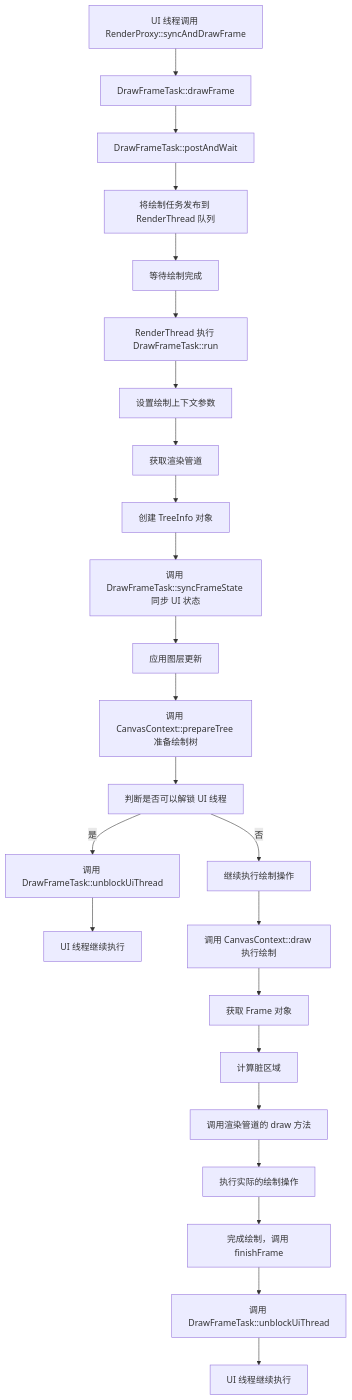
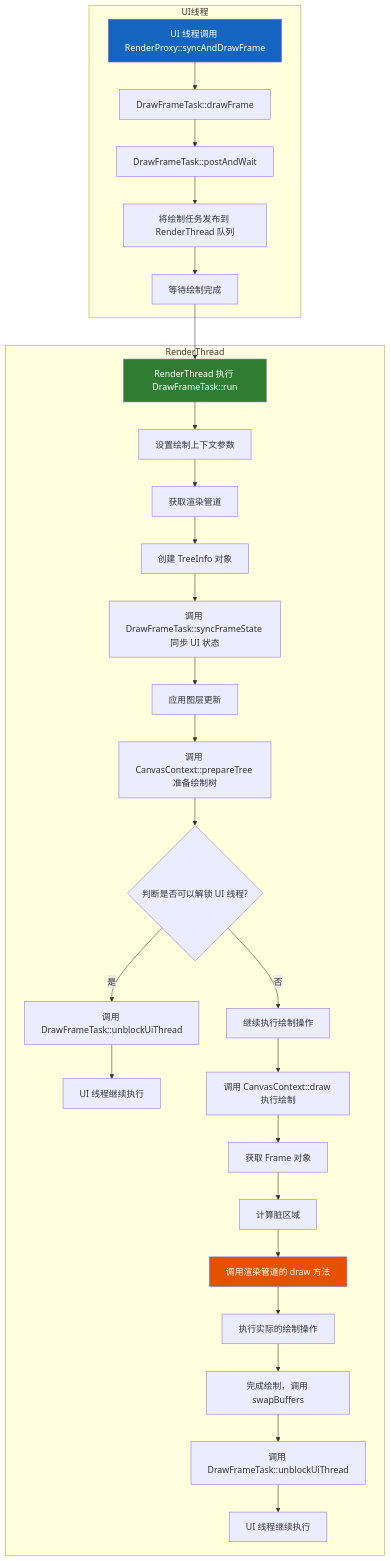
The second of 6 diagrams in docs/RenderThread_Analysis.md (yuchuangu85/AOSP_Frameworks), drawn with Mermaid before and after one commit. The commit also changed other lines of this file and 13 other files, not shown here.

````diff
--- a/docs/RenderThread_Analysis.md
+++ b/docs/RenderThread_Analysis.md
@@ -97,26 +151,35 @@
 ```mermaid
 flowchart TD
-    A[UI 线程调用 RenderProxy::syncAndDrawFrame] --> B[DrawFrameTask::drawFrame]
-    B --> C[DrawFrameTask::postAndWait]
-    C --> D[将绘制任务发布到 RenderThread 队列]
-    D --> E[等待绘制完成]
-    E --> F[RenderThread 执行 DrawFrameTask::run]
-    F --> G[设置绘制上下文参数]
-    G --> H[获取渲染管道]
-    H --> I[创建 TreeInfo 对象]
-    I --> J[调用 DrawFrameTask::syncFrameState 同步 UI 状态]
-    J --> K[应用图层更新]
-    K --> L[调用 CanvasContext::prepareTree 准备绘制树]
-    L --> M[判断是否可以解锁 UI 线程]
-    M -->|是| N[调用 DrawFrameTask::unblockUiThread]
-    N --> O[UI 线程继续执行]
-    M -->|否| P[继续执行绘制操作]
-    P --> Q[调用 CanvasContext::draw 执行绘制]
-    Q --> R[获取 Frame 对象]
-    R --> S[计算脏区域]
-    S --> T[调用渲染管道的 draw 方法]
-    T --> U[执行实际的绘制操作]
-    U --> V[完成绘制，调用 finishFrame]
-    V --> W[调用 DrawFrameTask::unblockUiThread]
-    W --> X[UI 线程继续执行]
+    subgraph "UI线程"
+        A[UI 线程调用 RenderProxy::syncAndDrawFrame] --> B[DrawFrameTask::drawFrame]
+        B --> C[DrawFrameTask::postAndWait]
+        C --> D[将绘制任务发布到 RenderThread 队列]
+        D --> E[等待绘制完成]
+    end
+    
+    subgraph "RenderThread"
+        E --> F[RenderThread 执行 DrawFrameTask::run]
+        F --> G[设置绘制上下文参数]
+        G --> H[获取渲染管道]
+        H --> I[创建 TreeInfo 对象]
+        I --> J[调用 DrawFrameTask::syncFrameState 同步 UI 状态]
+        J --> K[应用图层更新]
+        K --> L[调用 CanvasContext::prepareTree 准备绘制树]
+        L --> M{判断是否可以解锁 UI 线程?}
+        M -->|是| N[调用 DrawFrameTask::unblockUiThread]
+        N --> O[UI 线程继续执行]
+        M -->|否| P[继续执行绘制操作]
+        P --> Q[调用 CanvasContext::draw 执行绘制]
+        Q --> R[获取 Frame 对象]
+        R --> S[计算脏区域]
+        S --> T[调用渲染管道的 draw 方法]
+        T --> U[执行实际的绘制操作]
+        U --> V[完成绘制，调用 swapBuffers]
+        V --> W[调用 DrawFrameTask::unblockUiThread]
+        W --> X[UI 线程继续执行]
+    end
+    
+    style A fill:#1565c0,color:#fff
+    style F fill:#2e7d32,color:#fff
+    style T fill:#e65100,color:#fff
 ```
````
